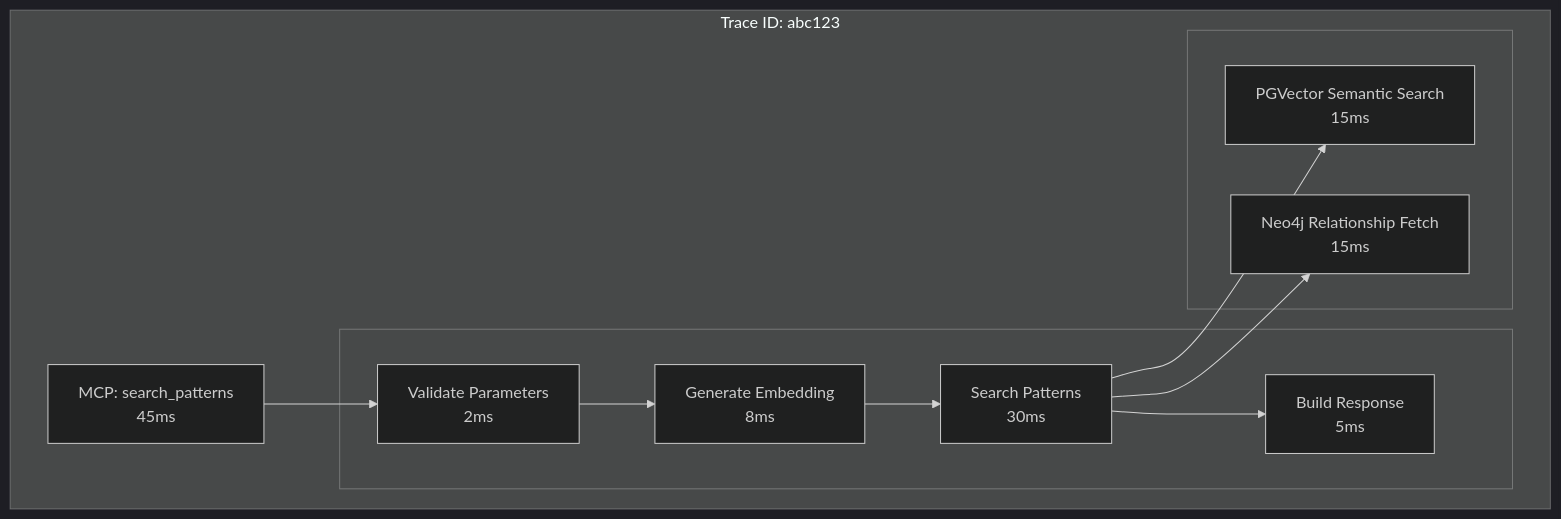
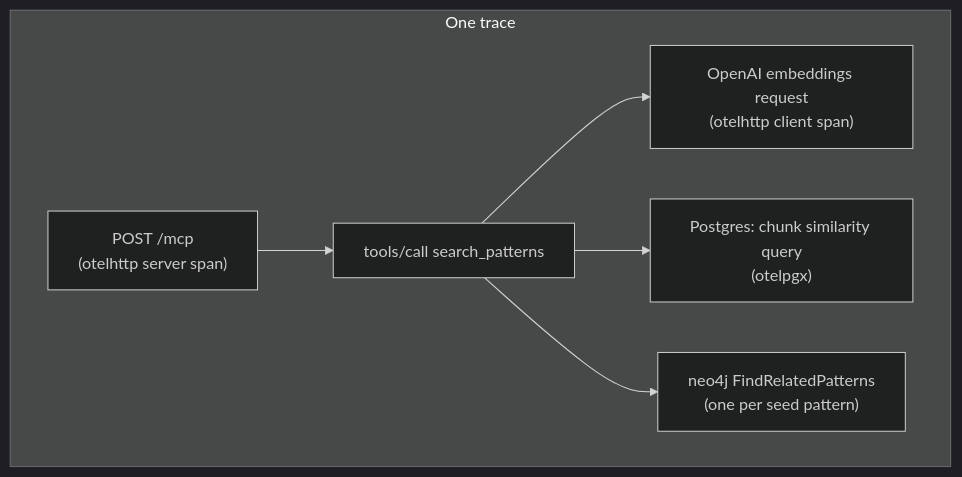
One commit to twistingmercury/mnemonic-docs changed the first of 4 diagrams in docs/architecture/system/07-observability-architecture.md. Above: the diagram before and after it, drawn with Mermaid (dark theme). The commit also changed other lines of this file and 41 other files, not shown here.

````diff
--- a/docs/architecture/system/07-observability-architecture.md
+++ b/docs/architecture/system/07-observability-architecture.md
@@ -163,22 +162,15 @@
 ```mermaid
 flowchart TB
-    subgraph Trace["Trace ID: abc123"]
-        MCP["MCP: search_patterns<br/>45ms"]
+    subgraph Trace["One trace"]
+        HTTP["POST /mcp<br/>(otelhttp server span)"]
+        Tool["tools/call search_patterns"]
+        Embed["OpenAI embeddings request<br/>(otelhttp client span)"]
+        PGV["Postgres: chunk similarity query<br/>(otelpgx)"]
+        NEO["neo4j FindRelatedPatterns<br/>(one per seed pattern)"]
 
-        subgraph MCPSpans[" "]
-            Valid["Validate Parameters<br/>2ms"]
-            Embed["Generate Embedding<br/>8ms"]
-            Search["Search Patterns<br/>30ms"]
-            Resp["Build Response<br/>5ms"]
-        end
-
-        subgraph SearchSpans[" "]
-            PGV["PGVector Semantic Search<br/>15ms"]
-            NEO["Neo4j Relationship Fetch<br/>15ms"]
-        end
-
-        MCP --> Valid --> Embed --> Search --> Resp
-        Search --> PGV
-        Search --> NEO
+        HTTP --> Tool
+        Tool --> Embed
+        Tool --> PGV
+        Tool --> NEO
     end
 ```
````
